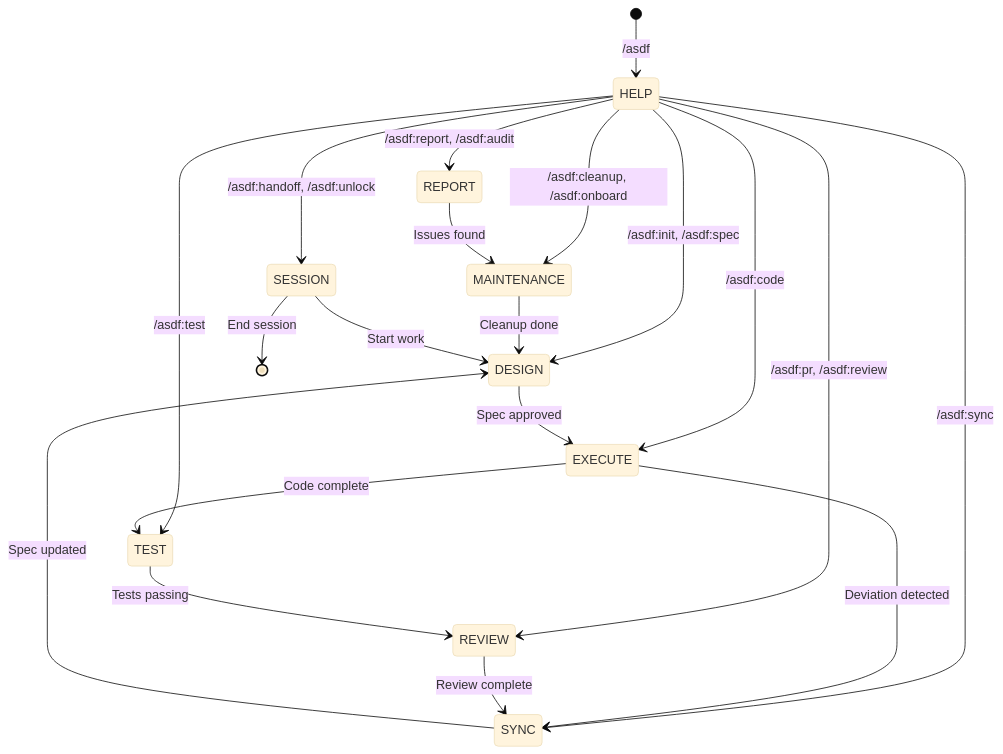
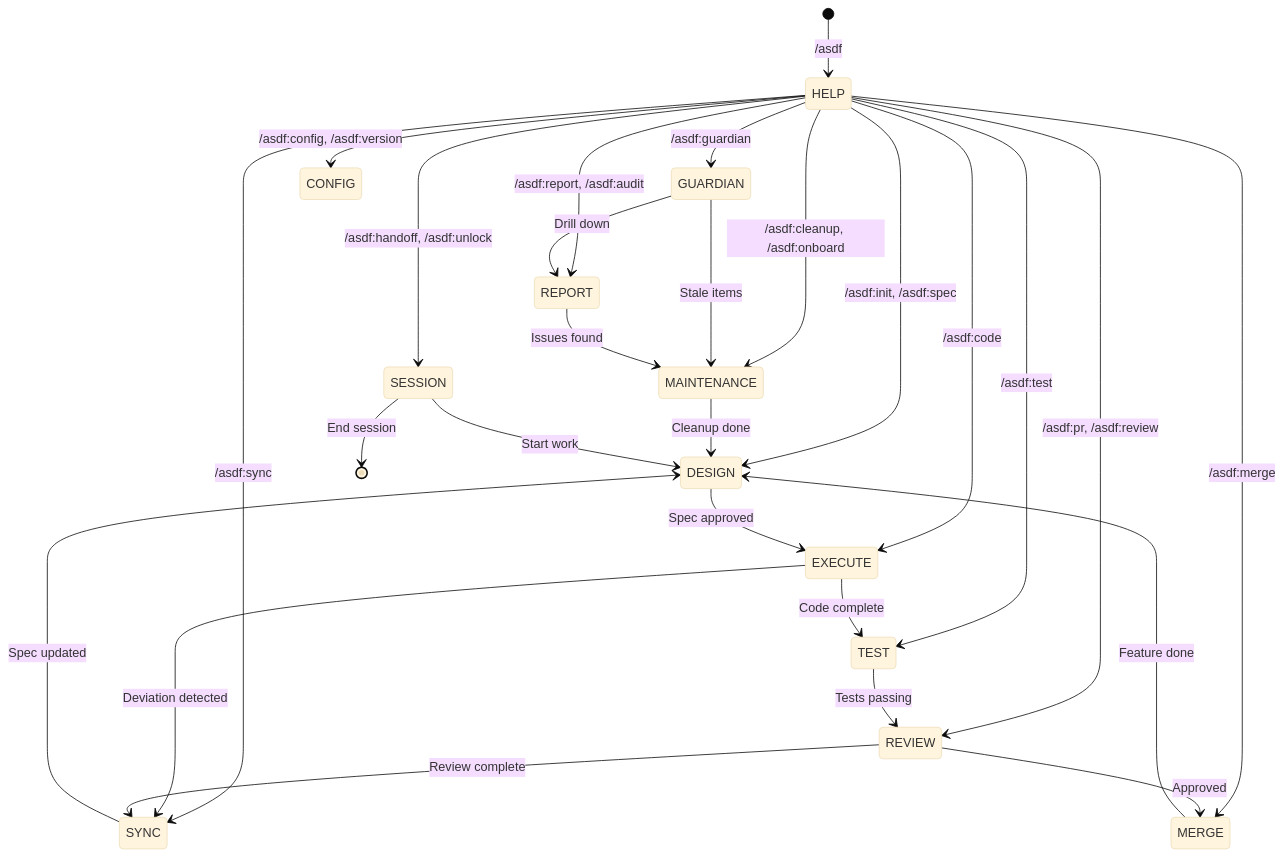
Before and after one commit to hoangtrung1801/claudekit-engineer: the first of 12 diagrams in astraler-sdlc/asdf-framework/case-studies/diagrams/mode-transitions.md, drawn with Mermaid (base theme). The commit also changed other lines of this file and 20 other files, not shown here.

Commit message:
feat: Introduce `merge`, `config`, `guardian`, and `version` commands, update command flows, agent definitions, and case studies for enhanced Git and pipeline workflows.

````diff
--- a/astraler-sdlc/asdf-framework/case-studies/diagrams/mode-transitions.md
+++ b/astraler-sdlc/asdf-framework/case-studies/diagrams/mode-transitions.md
@@ -9,26 +9,33 @@
 ```mermaid
 stateDiagram-v2
     [*] --> HELP: /asdf
 
     HELP --> DESIGN: /asdf:init, /asdf:spec
     HELP --> EXECUTE: /asdf:code
     HELP --> SYNC: /asdf:sync
     HELP --> TEST: /asdf:test
     HELP --> REVIEW: /asdf:pr, /asdf:review
+    HELP --> MERGE: /asdf:merge
+    HELP --> GUARDIAN: /asdf:guardian
     HELP --> REPORT: /asdf:report, /asdf:audit
     HELP --> MAINTENANCE: /asdf:cleanup, /asdf:onboard
+    HELP --> CONFIG: /asdf:config, /asdf:version
     HELP --> SESSION: /asdf:handoff, /asdf:unlock
 
     DESIGN --> EXECUTE: Spec approved
     EXECUTE --> TEST: Code complete
     EXECUTE --> SYNC: Deviation detected
     TEST --> REVIEW: Tests passing
     REVIEW --> SYNC: Review complete
+    REVIEW --> MERGE: Approved
+    MERGE --> DESIGN: Feature done
     SYNC --> DESIGN: Spec updated
 
+    GUARDIAN --> REPORT: Drill down
+    GUARDIAN --> MAINTENANCE: Stale items
     REPORT --> MAINTENANCE: Issues found
     MAINTENANCE --> DESIGN: Cleanup done
 
     SESSION --> DESIGN: Start work
     SESSION --> [*]: End session
 ```
````
